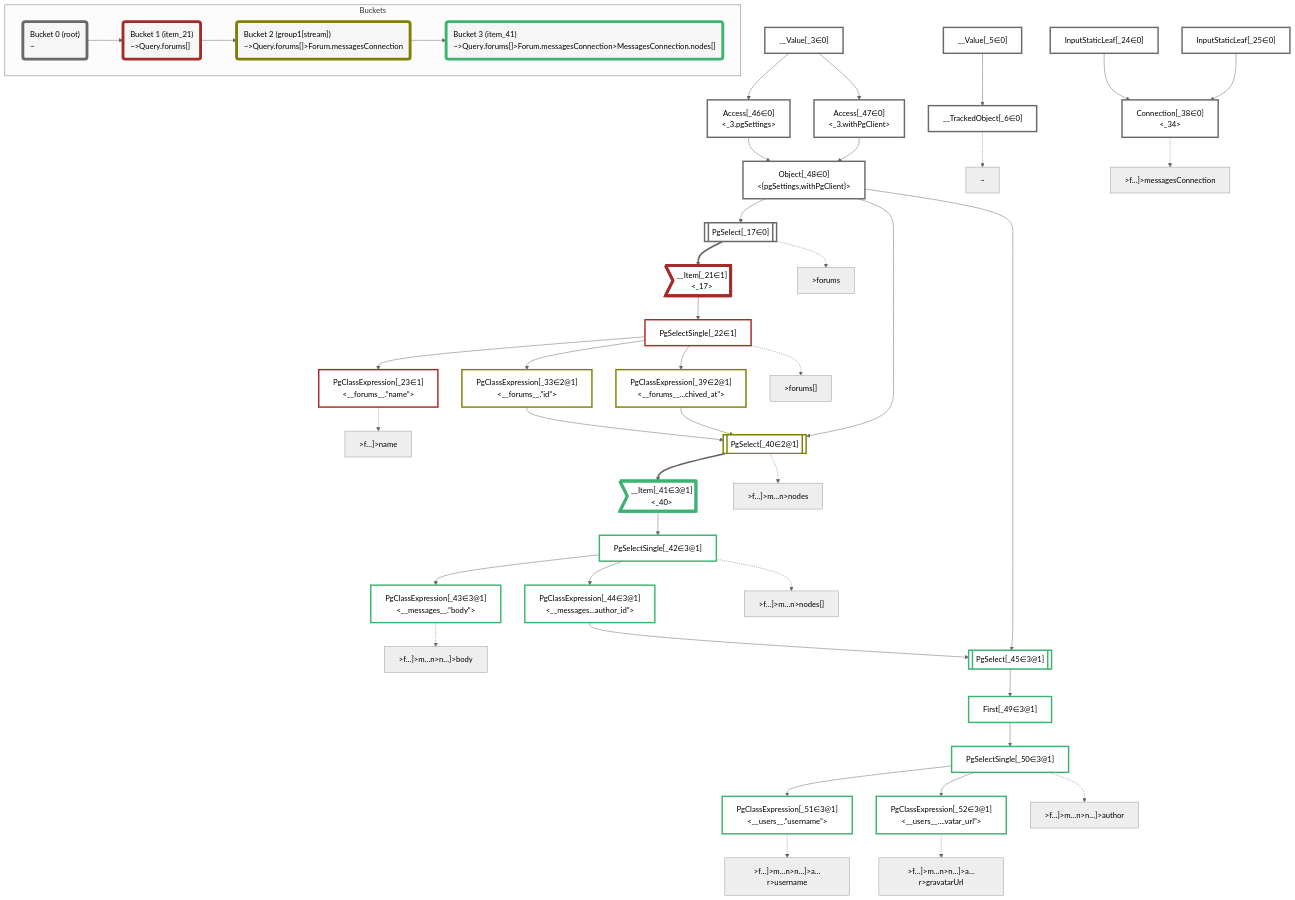
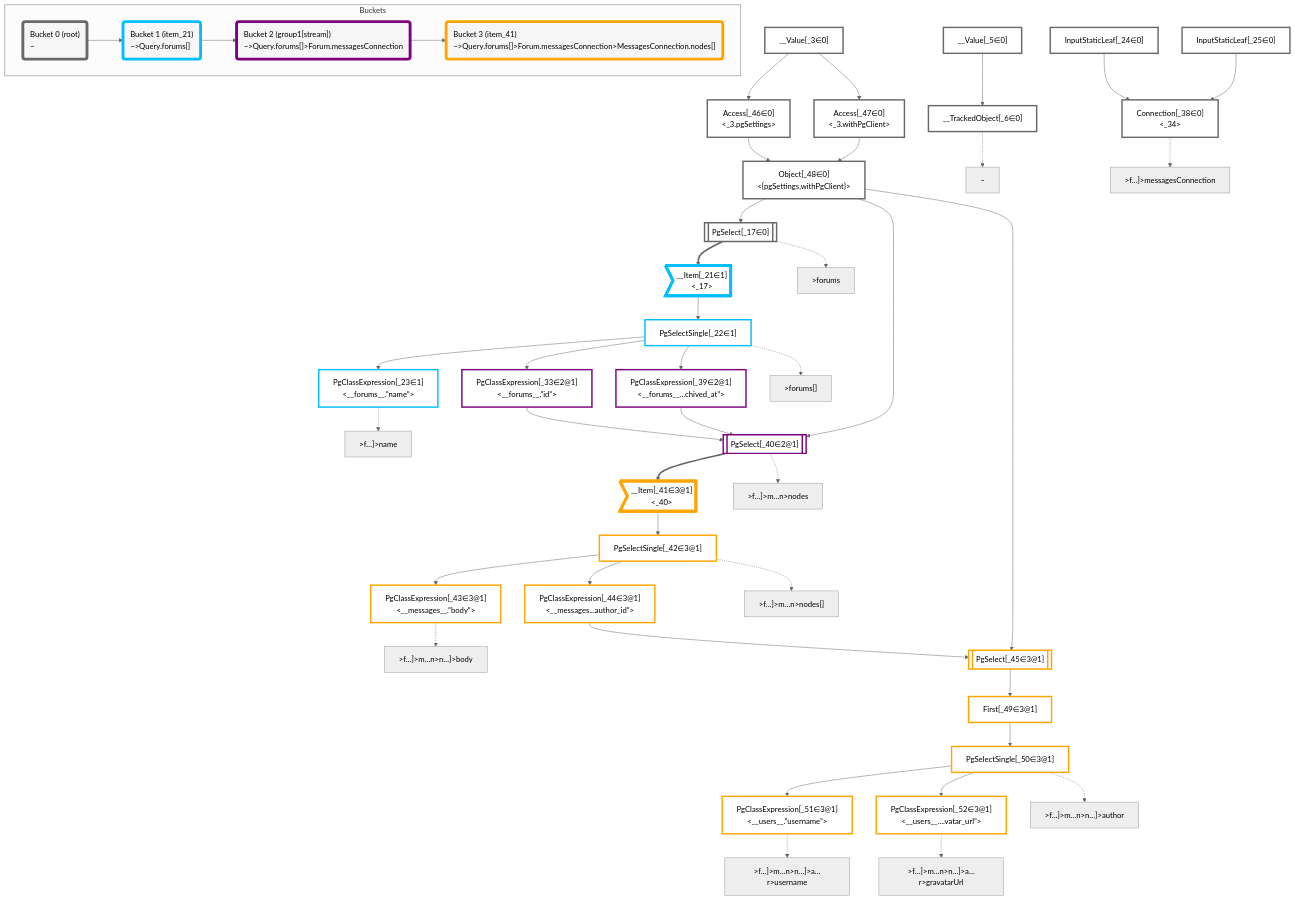
One commit to graphile/crystal changed the diagram in packages/dataplan-pg/__tests__/queries/conditions/archived-forum-inherited-messages.stream-3.deopt.mermaid.md. Above: the diagram before and after it, drawn with Mermaid (neutral theme). The commit also changed 157 other files, not shown here.

````diff
--- a/packages/dataplan-pg/__tests__/queries/conditions/archived-forum-inherited-messages.stream-3.deopt.mermaid.md
+++ b/packages/dataplan-pg/__tests__/queries/conditions/archived-forum-inherited-messages.stream-3.deopt.mermaid.md
@@ -89,24 +89,24 @@
     %% allocate buckets
     classDef bucket0 stroke:#696969
     class __Value_3,__Value_5,__TrackedObject_6,PgSelect_17,InputStaticLeaf_24,InputStaticLeaf_25,Connection_38,Access_46,Access_47,Object_48 bucket0
-    classDef bucket1 stroke:#a52a2a
+    classDef bucket1 stroke:#00bfff
     class __Item_21,PgSelectSingle_22,PgClassExpression_23 bucket1
-    classDef bucket2 stroke:#808000
+    classDef bucket2 stroke:#7f007f
     class PgClassExpression_33,PgClassExpression_39,PgSelect_40 bucket2
-    classDef bucket3 stroke:#3cb371
+    classDef bucket3 stroke:#ffa500
     class __Item_41,PgSelectSingle_42,PgClassExpression_43,PgClassExpression_44,PgSelect_45,First_49,PgSelectSingle_50,PgClassExpression_51,PgClassExpression_52 bucket3
 
     subgraph Buckets
     Bucket0("Bucket 0 (root)<br />~"):::bucket
     style Bucket0 stroke:#696969
     Bucket1("Bucket 1 (item_21)<br />~>Query.forums[]"):::bucket
-    style Bucket1 stroke:#a52a2a
+    style Bucket1 stroke:#00bfff
     Bucket0 --> Bucket1
     Bucket2("Bucket 2 (group1[stream])<br />~>Query.forums[]>Forum.messagesConnection"):::bucket
-    style Bucket2 stroke:#808000
+    style Bucket2 stroke:#7f007f
     Bucket1 --> Bucket2
     Bucket3("Bucket 3 (item_41)<br />~>Query.forums[]>Forum.messagesConnection>MessagesConnection.nodes[]"):::bucket
-    style Bucket3 stroke:#3cb371
+    style Bucket3 stroke:#ffa500
     Bucket2 --> Bucket3
     end
 ```
````
